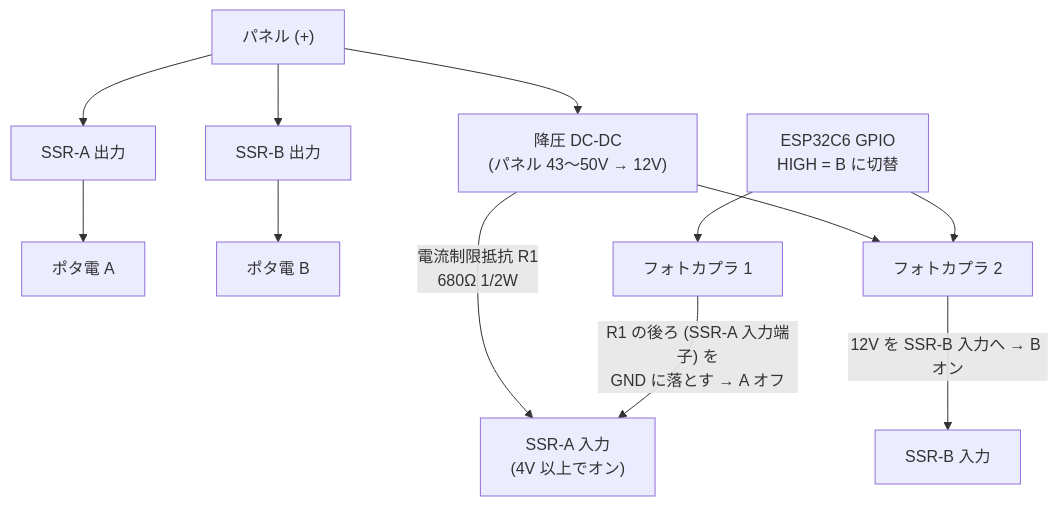
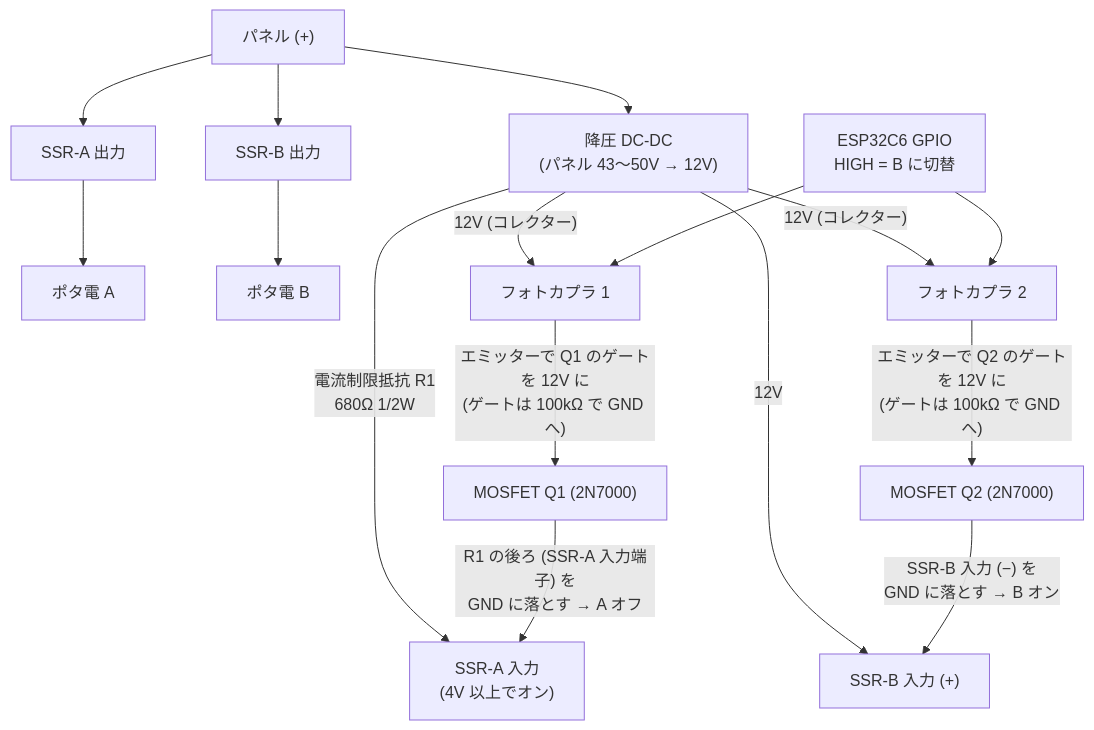
The second of 2 diagrams in docs/3_PowerSystem/01_電源システム設計.md (junkei-okinawa/FarmVerse), drawn with Mermaid before and after one commit. The commit also changed other lines of this file, not shown here.

Commit message:
docs(power): drive SSR inputs through MOSFETs so low-CTR optocouplers still switch

````diff
--- a/docs/3_PowerSystem/01_電源システム設計.md
+++ b/docs/3_PowerSystem/01_電源システム設計.md
@@ -98,10 +98,14 @@
 ```mermaid
 flowchart TB
     PV["パネル (+)"] --> SSRA_OUT["SSR-A 出力"] --> A["ポタ電 A"]
     PV --> SSRB_OUT["SSR-B 出力"] --> B["ポタ電 B"]
     PV --> BUCK["降圧 DC-DC<br/>(パネル 43〜50V → 12V)"]
     BUCK -- "電流制限抵抗 R1<br/>680Ω 1/2W" --> SSRA_IN["SSR-A 入力<br/>(4V 以上でオン)"]
-    BUCK --> PC2
-    GPIO["ESP32C6 GPIO<br/>HIGH = B に切替"] --> PC1["フォトカプラ 1"] -- "R1 の後ろ (SSR-A 入力端子) を<br/>GND に落とす → A オフ" --> SSRA_IN
-    GPIO --> PC2["フォトカプラ 2"] -- "12V を SSR-B 入力へ → B オン" --> SSRB_IN["SSR-B 入力"]
+    BUCK -- "12V" --> SSRB_IN["SSR-B 入力 (+)"]
+    BUCK -- "12V (コレクター)" --> PC1
+    BUCK -- "12V (コレクター)" --> PC2
+    GPIO["ESP32C6 GPIO<br/>HIGH = B に切替"] --> PC1["フォトカプラ 1"] -- "エミッターで Q1 のゲートを 12V に<br/>(ゲートは 100kΩ で GND へ)" --> Q1["MOSFET Q1 (2N7000)"]
+    Q1 -- "R1 の後ろ (SSR-A 入力端子) を<br/>GND に落とす → A オフ" --> SSRA_IN
+    GPIO --> PC2["フォトカプラ 2"] -- "エミッターで Q2 のゲートを 12V に<br/>(ゲートは 100kΩ で GND へ)" --> Q2["MOSFET Q2 (2N7000)"]
+    Q2 -- "SSR-B 入力 (−) を<br/>GND に落とす → B オン" --> SSRB_IN
 ```
````
